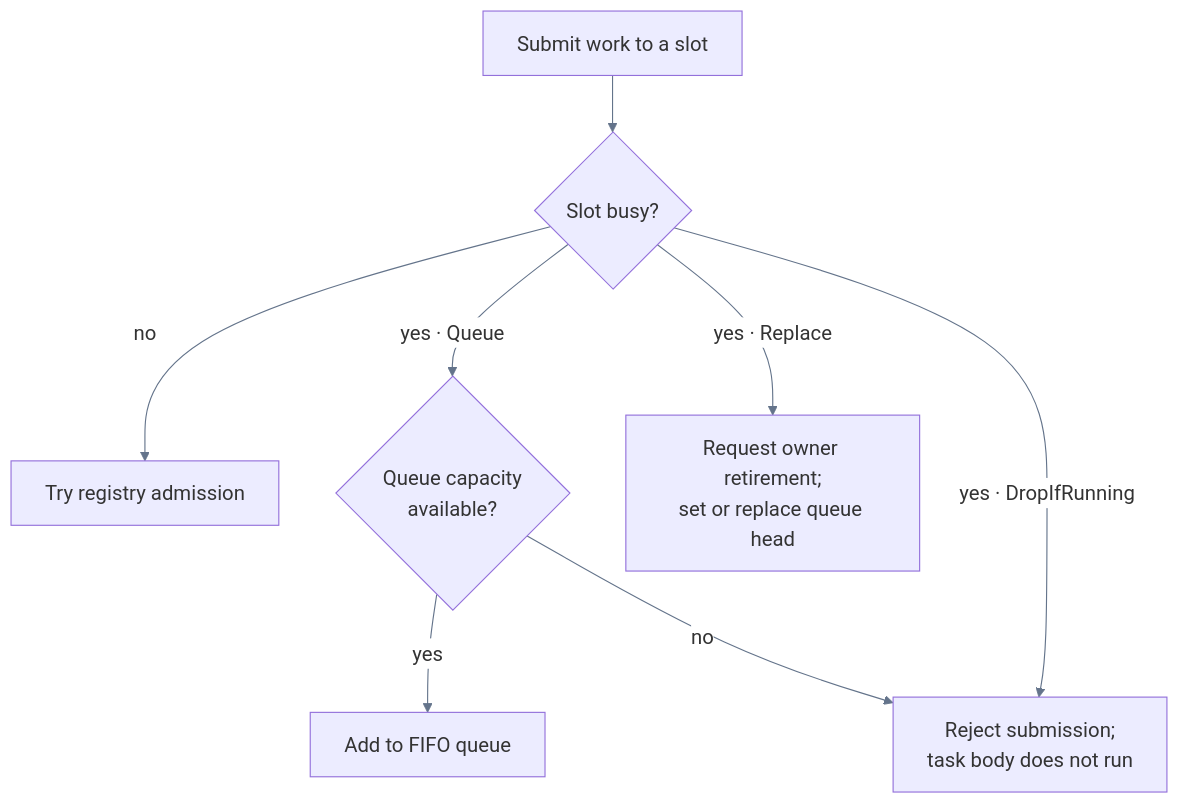
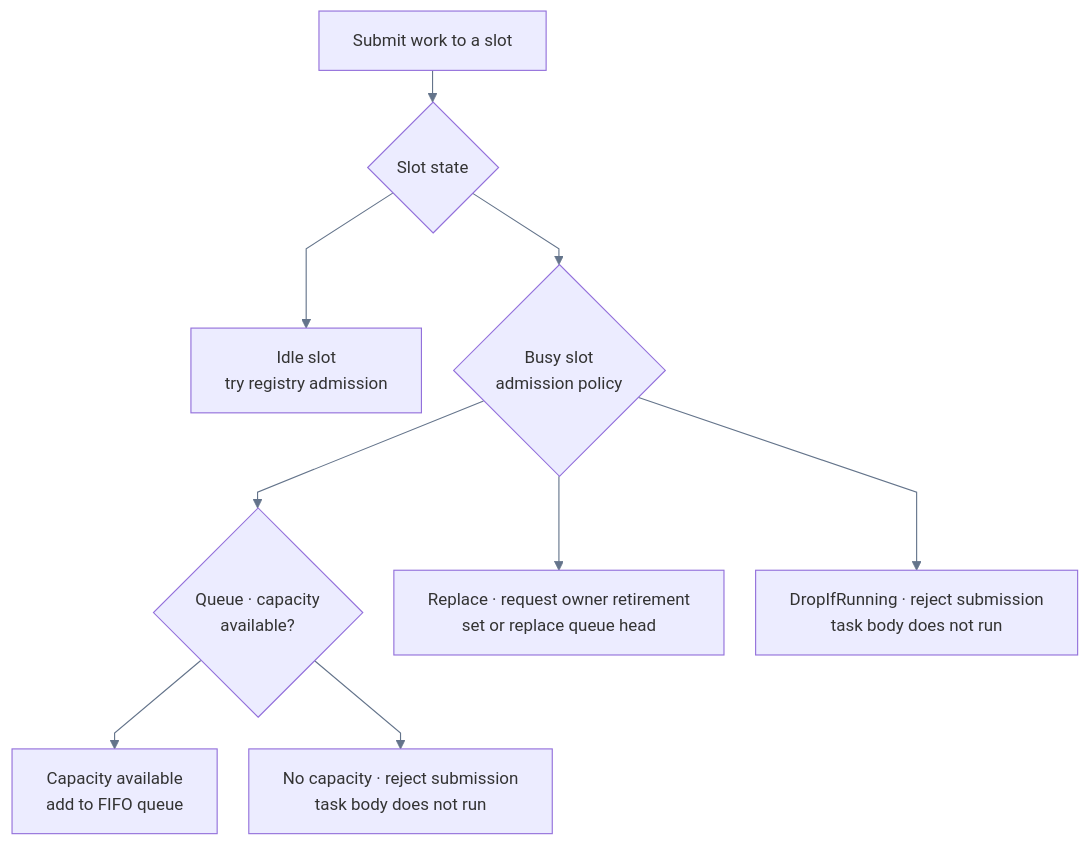
Before and after one commit to soltiHQ/.github: the diagram in assets/schema/taskvisor-controller.md, drawn with Mermaid. The commit also changed 1 other file, not shown here.

Commit message:
[schema] update taskvisor

````diff
--- a/assets/schema/taskvisor-controller.md
+++ b/assets/schema/taskvisor-controller.md
@@ -1,11 +1,15 @@
 ```mermaid
-%%{init: {"theme": "default", "flowchart": {"curve": "basis", "htmlLabels": true}, "themeVariables": {"primaryColor": "#eef2ff", "primaryTextColor": "#111827", "primaryBorderColor": "#7c3aed", "lineColor": "#64748b", "edgeLabelBackground": "#ffffff", "secondaryColor": "#f8fafc", "tertiaryColor": "#ffffff", "fontFamily": "Arial", "fontSize": "18px"}}}%%
-flowchart TD
-    submit["Submit work to a slot"] --> busy{"Slot busy?"}
-    busy -->|"no"| admit["Try registry admission"]
-    busy -->|"yes · Queue"| capacity{"Queue capacity<br/>available?"}
-    capacity -->|"yes"| queue["Add to FIFO queue"]
-    capacity -->|"no"| reject["Reject submission;<br/>task body does not run"]
-    busy -->|"yes · Replace"| replace["Request owner retirement;<br/>set or replace queue head"]
-    busy -->|"yes · DropIfRunning"| reject
+%%{init: {"theme": "default", "flowchart": {"curve": "linear", "htmlLabels": true, "nodeSpacing": 28, "rankSpacing": 28}, "themeVariables": {"primaryColor": "#eef2ff", "primaryTextColor": "#111827", "primaryBorderColor": "#7c3aed", "lineColor": "#64748b", "edgeLabelBackground": "#eef2ff", "secondaryColor": "#f8fafc", "tertiaryColor": "#ffffff", "fontFamily": "Arial", "fontSize": "15px"}}}%%
+flowchart TB
+    submit["Submit work to a slot"] --> state{"Slot state"}
+
+    state --> idle["Idle slot<br/>try registry admission"]
+    state --> policy{"Busy slot<br/>admission policy"}
+
+    policy --> queue{"Queue · capacity<br/>available?"}
+    policy --> replace["Replace&nbsp;·&nbsp;request&nbsp;owner&nbsp;retirement<br/>set&nbsp;or&nbsp;replace&nbsp;queue&nbsp;head"]
+    policy --> drop["DropIfRunning&nbsp;·&nbsp;reject&nbsp;submission<br/>task&nbsp;body&nbsp;does&nbsp;not&nbsp;run"]
+
+    queue --> enqueue["Capacity available<br/>add to FIFO queue"]
+    queue --> full["No&nbsp;capacity&nbsp;·&nbsp;reject&nbsp;submission<br/>task&nbsp;body&nbsp;does&nbsp;not&nbsp;run"]
 ```
````
